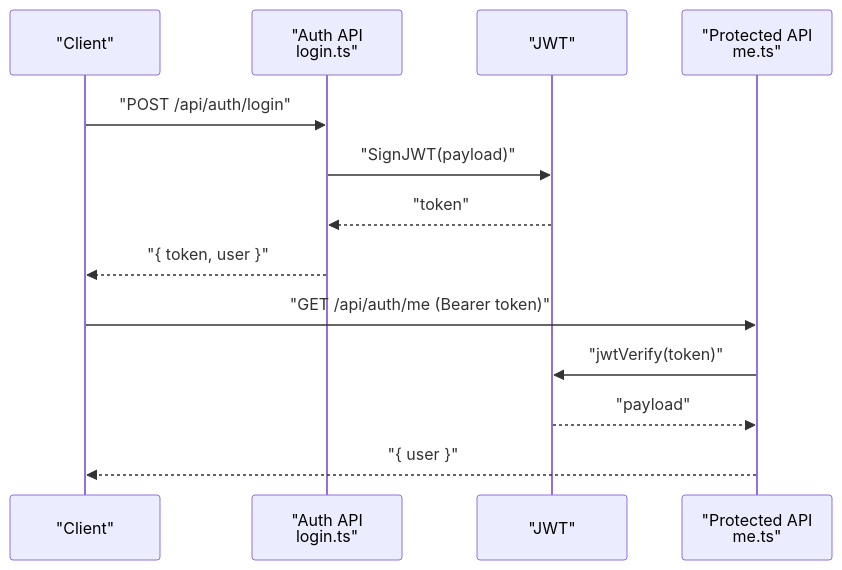
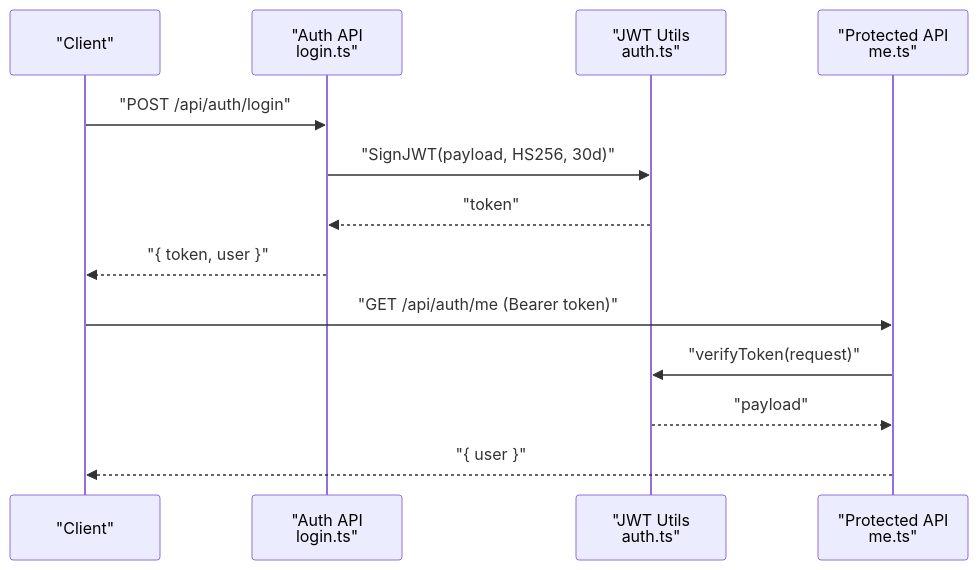
Before and after one commit to riod94/ngepos: the third of 8 diagrams in .qoder/repowiki/en/content/Authentication & Authorization.md, drawn with Mermaid. The commit also changed other lines of this file and 51 other files, not shown here.

````diff
--- a/.qoder/repowiki/en/content/Authentication & Authorization.md
+++ b/.qoder/repowiki/en/content/Authentication & Authorization.md
@@ -189,15 +218,15 @@
 ```mermaid
 sequenceDiagram
 participant C as "Client"
 participant A as "Auth API<br/>login.ts"
-participant J as "JWT"
+participant J as "JWT Utils<br/>auth.ts"
 participant M as "Protected API<br/>me.ts"
 C->>A : "POST /api/auth/login"
-A->>J : "SignJWT(payload)"
+A->>J : "SignJWT(payload, HS256, 30d)"
 J-->>A : "token"
 A-->>C : "{ token, user }"
 C->>M : "GET /api/auth/me (Bearer token)"
-M->>J : "jwtVerify(token)"
+M->>J : "verifyToken(request)"
 J-->>M : "payload"
 M-->>C : "{ user }"
 ```
````
